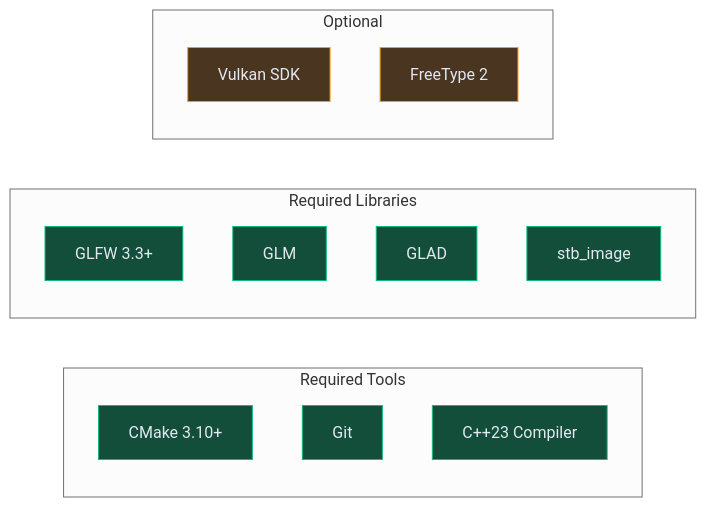
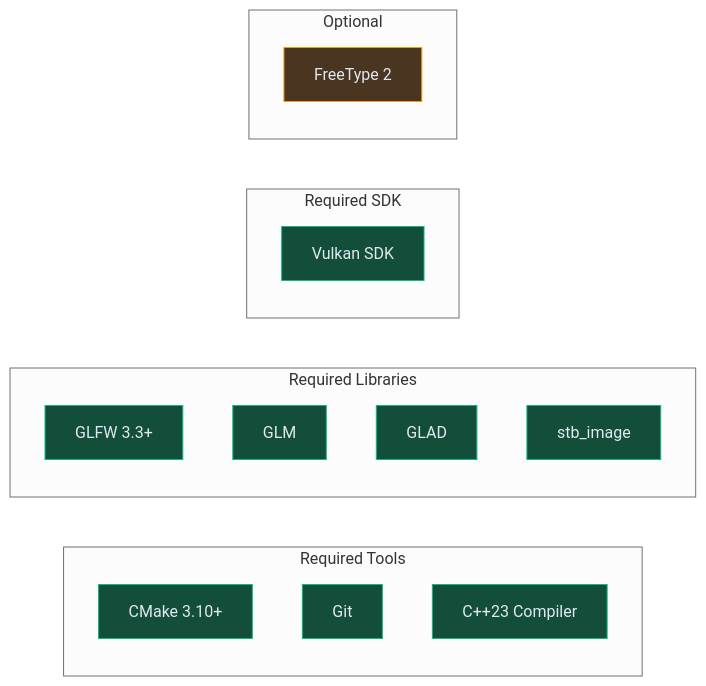
One commit to baaz777/rift changed the diagram in docs/SETUP.md. Above: the diagram before and after it, drawn with Mermaid (neutral theme). The commit also changed other lines of this file and 1 other file, not shown here.

Commit message:
📝 Document Vulkan SDK as a required build dependency

```diff
--- a/docs/SETUP.md
+++ b/docs/SETUP.md
@@ -8,23 +8,26 @@
 <pre class="mermaid">
 graph LR
     classDef required fill:#134e3a,stroke:#10b981,color:#e2e8f0
     classDef optional fill:#4a3520,stroke:#f59e0b,color:#e2e8f0
 
     subgraph Required["Required Tools"]
         CMake["CMake 3.10+"]:::required
         Git["Git"]:::required
         Compiler["C++23 Compiler"]:::required
     end
 
     subgraph Libraries["Required Libraries"]
         GLFW["GLFW 3.3+"]:::required
         GLM["GLM"]:::required
         GLAD["GLAD"]:::required
         STB["stb_image"]:::required
     end
 
+    subgraph RequiredSDK["Required SDK"]
+        Vulkan["Vulkan SDK"]:::required
+    end
+
     subgraph Optional["Optional"]
-        Vulkan["Vulkan SDK"]:::optional
         FreeType["FreeType 2"]:::optional
     end
 </pre>
```
